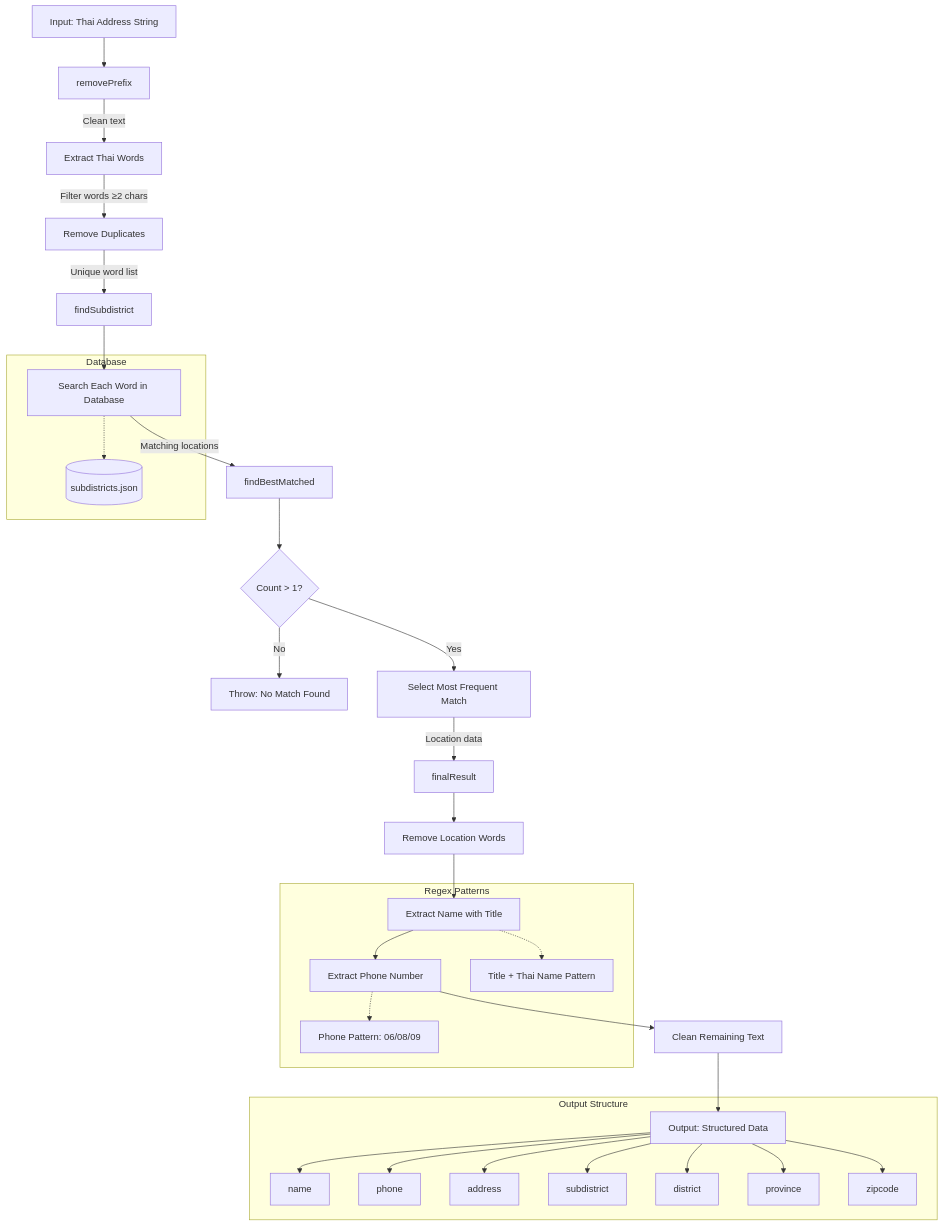
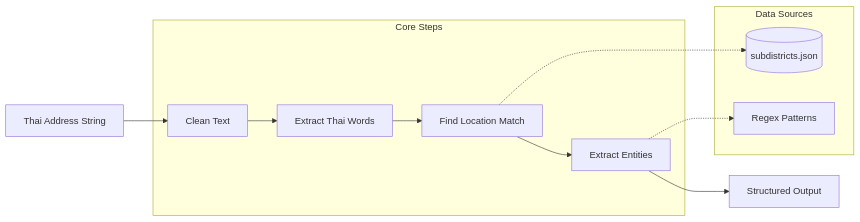
The diagram in README.md (peerasak-u/thai-address-splitter), drawn with Mermaid before and after one commit. The commit also changed other lines of this file and 1 other file, not shown here.

Commit message:
docs: update README to reflect refactored architecture
- Add Architecture section documenting class-based structure
- Simplify flowchart diagram to focus on core logic flow
- Update processing steps to match new implementation
- Remove outdated "Know issues" section (issues were resolved)
- Add .DS_Store to gitignore for macOS compatibility

🤖 Generated with [Claude Code](https://claude.ai/code)

````diff
--- a/README.md
+++ b/README.md
@@ -7,44 +17,23 @@
 ```mermaid
-flowchart TD
-    A[Input: Thai Address String] --> B[removePrefix]
-    B --> |Clean text| C[Extract Thai Words]
+flowchart LR
+    A[Thai Address String] --> B[Clean Text]
+    B --> C[Extract Thai Words]
+    C --> D[Find Location Match]
+    D --> E[Extract Entities]
+    E --> F[Structured Output]
     
-    C --> |Filter words ≥2 chars| D[Remove Duplicates]
-    D --> |Unique word list| E[findSubdistrict]
-    
-    E --> F[Search Each Word in Database]
-    F --> |Matching locations| G[findBestMatched]
-    
-    G --> H{Count > 1?}
-    H -->|No| I[Throw: No Match Found]
-    H -->|Yes| J[Select Most Frequent Match]
-    
-    J --> |Location data| K[finalResult]
-    
-    K --> L[Remove Location Words]
-    L --> M[Extract Name with Title]
-    M --> N[Extract Phone Number]
-    N --> O[Clean Remaining Text]
-    
-    O --> P[Output: Structured Data]
-    
-    subgraph "Database"
-        DB[(subdistricts.json)]
-        F -.-> DB
+    subgraph "Core Steps"
+        B
+        C
+        D
+        E
     end
     
-    subgraph "Regex Patterns"
-        M -.-> R1[Title + Thai Name Pattern]
-        N -.-> R2[Phone Pattern: 06/08/09]
+    subgraph "Data Sources"
+        DB[(subdistricts.json)]
+        PATTERNS[Regex Patterns]
     end
     
-    subgraph "Output Structure"
-        P --> P1[name]
-        P --> P2[phone]
-        P --> P3[address]
-        P --> P4[subdistrict]
-        P --> P5[district]
-        P --> P6[province]
-        P --> P7[zipcode]
-    end
+    D -.-> DB
+    E -.-> PATTERNS
 ```
````
